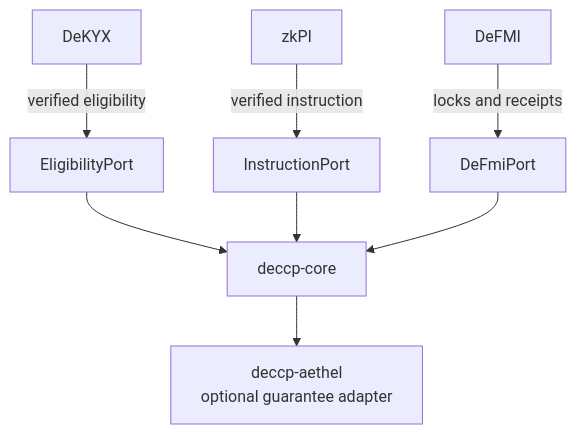
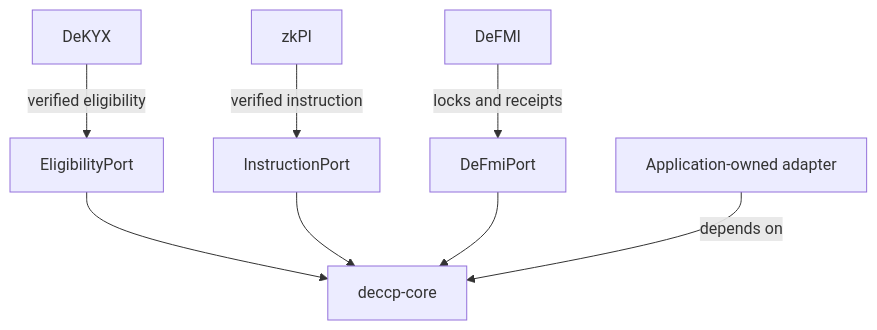
Before and after one commit to zkFMI/deccp: the second of 2 diagrams in README.md, drawn with Mermaid. The commit also changed other lines of this file and 6 other files, not shown here.

Commit message:
refactor: move Aethel guarantee adapter to application ownership

````diff
--- a/README.md
+++ b/README.md
@@ -136,10 +137,10 @@
 ```mermaid
 flowchart TB
     DK["DeKYX"] -->|verified eligibility| EP["EligibilityPort"]
     Z["zkPI"] -->|verified instruction| IP["InstructionPort"]
     DF["DeFMI"] -->|locks and receipts| DP["DeFmiPort"]
     EP --> CORE["deccp-core"]
     IP --> CORE
     DP --> CORE
-    CORE --> A["deccp-aethel\noptional guarantee adapter"]
+    A["Application-owned adapter"] -->|depends on| CORE
 ```
````
